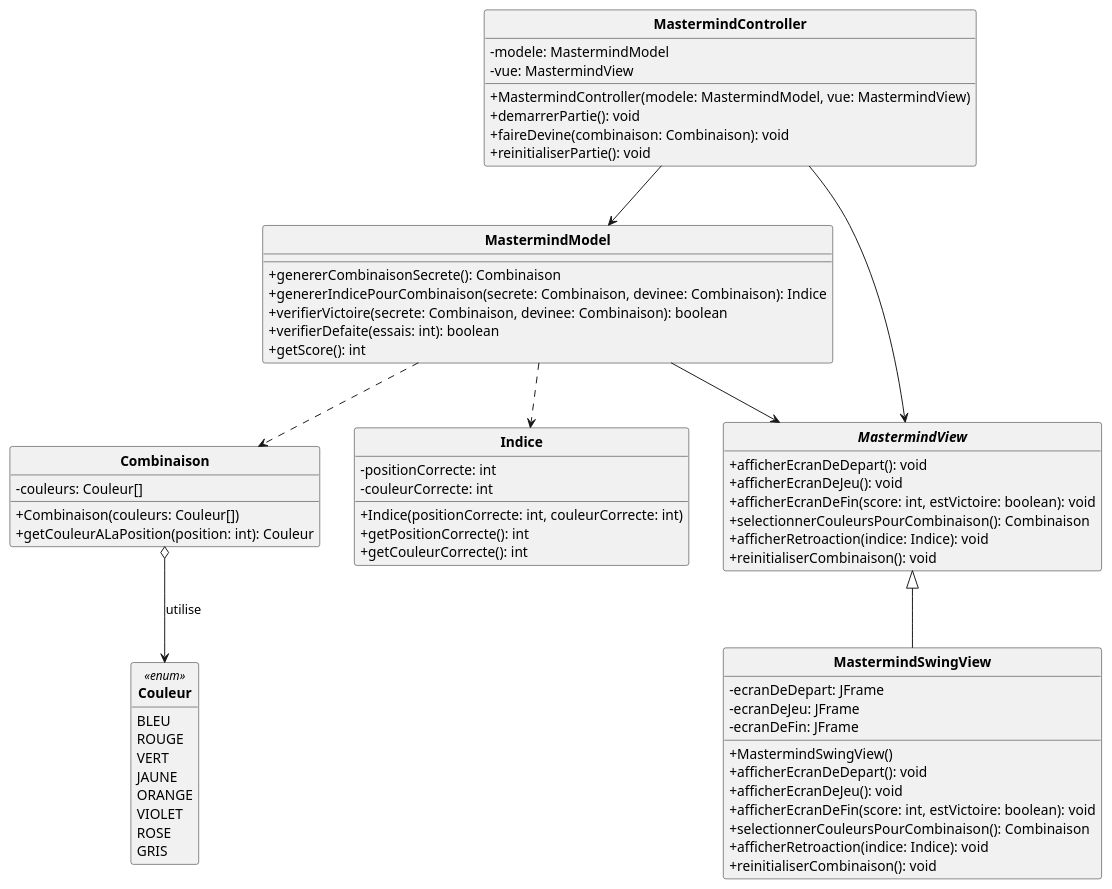
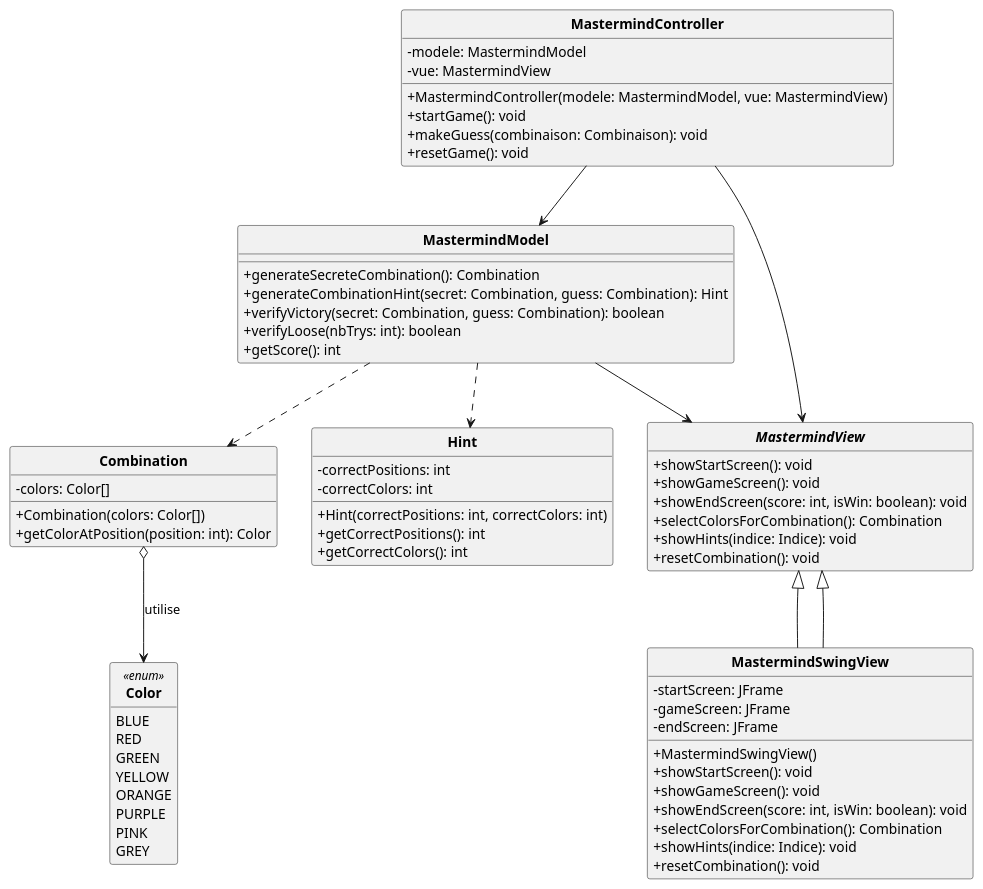
One commit to Taijin4/Mastermind changed the diagram in DCC.puml. Above: the diagram before and after it, drawn with PlantUML. The commit also changed 6 other files, not shown here.

```diff
--- a/DCC.puml
+++ b/DCC.puml
@@ -1,81 +1,81 @@
 @startuml
 
 skinparam style strictuml
 skinparam classAttributeIconSize 0
 skinparam classFontStyle Bold
 hide enum methods
 hide interface attributes
 
 class MastermindModel {
-    + genererCombinaisonSecrete(): Combinaison
-    + genererIndicePourCombinaison(secrete: Combinaison, devinee: Combinaison): Indice
-    + verifierVictoire(secrete: Combinaison, devinee: Combinaison): boolean
-    + verifierDefaite(essais: int): boolean
+    + generateSecreteCombination(): Combination
+    + generateCombinationHint(secret: Combination, guess: Combination): Hint
+    + verifyVictory(secret: Combination, guess: Combination): boolean
+    + verifyLoose(nbTrys: int): boolean
     + getScore(): int
 }
 
-class Combinaison {
-    - couleurs: Couleur[]
-    + Combinaison(couleurs: Couleur[])
-    + getCouleurALaPosition(position: int): Couleur
+class Combination {
+    - colors: Color[]
+    + Combination(colors: Color[])
+    + getColorAtPosition(position: int): Color
 }
 
-enum Couleur <<enum>>{
-    BLEU
-    ROUGE
-    VERT
-    JAUNE
+enum Color <<enum>>{
+    BLUE
+    RED
+    GREEN
+    YELLOW
     ORANGE
-    VIOLET
-    ROSE
-    GRIS
+    PURPLE
+    PINK
+    GREY
 }
 
-class Indice {
-    - positionCorrecte: int
-    - couleurCorrecte: int
-    + Indice(positionCorrecte: int, couleurCorrecte: int)
-    + getPositionCorrecte(): int
-    + getCouleurCorrecte(): int
+class Hint {
+    - correctPositions: int
+    - correctColors: int
+    + Hint(correctPositions: int, correctColors: int)
+    + getCorrectPositions(): int
+    + getCorrectColors(): int
 }
 
 interface MastermindView {
-    + afficherEcranDeDepart(): void
-    + afficherEcranDeJeu(): void
-    + afficherEcranDeFin(score: int, estVictoire: boolean): void
-    + selectionnerCouleursPourCombinaison(): Combinaison
-    + afficherRetroaction(indice: Indice): void
-    + reinitialiserCombinaison(): void
+    + showStartScreen(): void
+    + showGameScreen(): void
+    + showEndScreen(score: int, isWin: boolean): void
+    + selectColorsForCombination(): Combination
+    + showHints(indice: Indice): void
+    + resetCombination(): void
 }
 
-class MastermindSwingView {
-    - ecranDeDepart: JFrame
-    - ecranDeJeu: JFrame
-    - ecranDeFin: JFrame
+class MastermindSwingView extends MastermindView{
+    - startScreen: JFrame
+    - gameScreen: JFrame
+    - endScreen: JFrame
     + MastermindSwingView()
-    + afficherEcranDeDepart(): void
-    + afficherEcranDeJeu(): void
-    + afficherEcranDeFin(score: int, estVictoire: boolean): void
-    + selectionnerCouleursPourCombinaison(): Combinaison
-    + afficherRetroaction(indice: Indice): void
-    + reinitialiserCombinaison(): void
+    + showStartScreen(): void
+    + showGameScreen(): void
+    + showEndScreen(score: int, isWin: boolean): void
+    + selectColorsForCombination(): Combination
+    + showHints(indice: Indice): void
+    + resetCombination(): void
 }
 
 class MastermindController {
     - modele: MastermindModel
     - vue: MastermindView
     + MastermindController(modele: MastermindModel, vue: MastermindView)
-    + demarrerPartie(): void
-    + faireDevine(combinaison: Combinaison): void
-    + reinitialiserPartie(): void
+    + startGame(): void
+    + makeGuess(combinaison: Combinaison): void
+    + resetGame(): void
 }
 
-MastermindModel ..> Combinaison
-MastermindModel ..> Indice
+MastermindModel ..> Combination
+MastermindModel ..> Hint
 MastermindModel --> MastermindView
 MastermindView <|-- MastermindSwingView
 MastermindController --> MastermindModel
 MastermindController --> MastermindView
-Combinaison o--> Couleur : utilise
+Combination o--> Color : utilise
 
 @enduml
```
